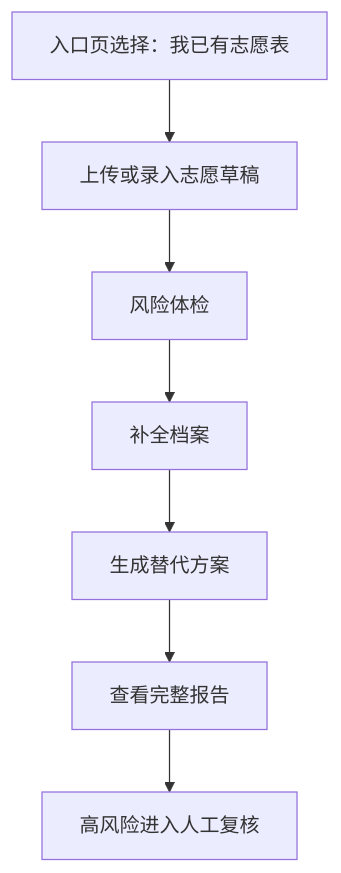
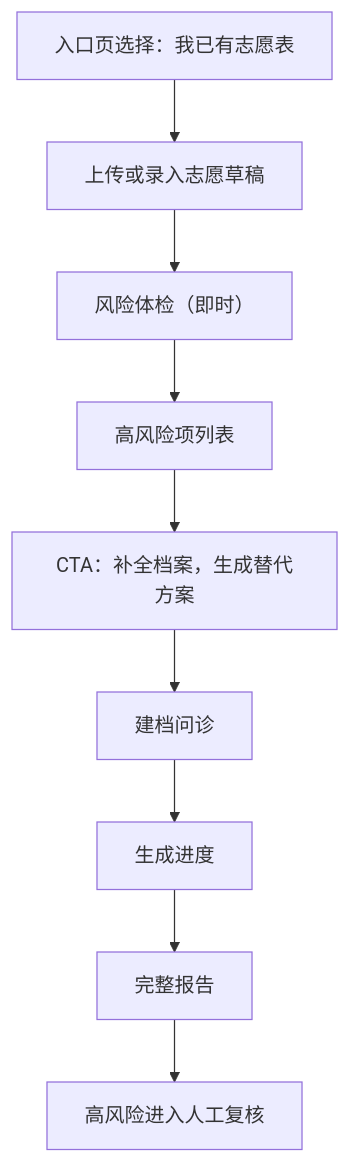
The third of 5 diagrams in docs/frontend-prd.md (debugzhao/jin-guide), drawn with Mermaid before and after one commit. The commit also changed other lines of this file and 3 other files, not shown here.

````diff
--- a/docs/frontend-prd.md
+++ b/docs/frontend-prd.md
@@ -125,9 +221,11 @@
 ```mermaid
 flowchart TD
   A["入口页选择：我已有志愿表"] --> B["上传或录入志愿草稿"]
-  B --> C["风险体检"]
-  C --> D["补全档案"]
-  D --> E["生成替代方案"]
-  E --> F["查看完整报告"]
-  F --> G["高风险进入人工复核"]
+  B --> C["风险体检（即时）"]
+  C --> D["高风险项列表"]
+  D --> E["CTA：补全档案，生成替代方案"]
+  E --> F["建档问诊"]
+  F --> G["生成进度"]
+  G --> H["完整报告"]
+  H --> I["高风险进入人工复核"]
 ```
````
